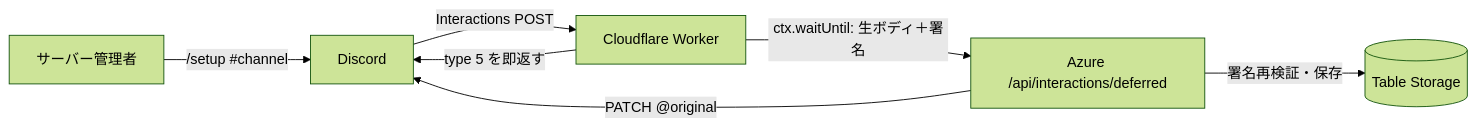
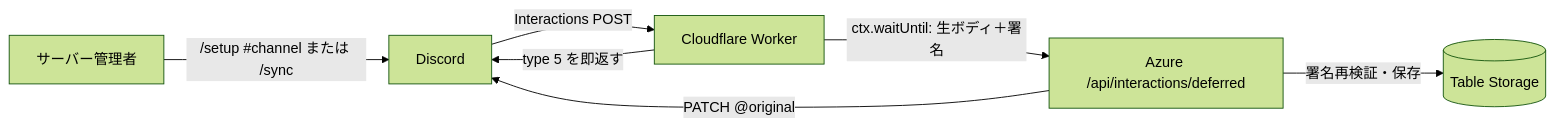
The second of 2 diagrams in docs/shared-bot.md (denpadokei/pso2ngs-boost-bot), drawn with Mermaid (forest theme) before and after one commit. The commit also changed other lines of this file and 9 other files, not shown here.

````diff
--- a/docs/shared-bot.md
+++ b/docs/shared-bot.md
@@ -418,9 +418,9 @@
 ```mermaid
 flowchart LR
-  U[サーバー管理者] -->|/setup #channel| D[Discord]
+  U[サーバー管理者] -->|/setup #channel または /sync| D[Discord]
   D -->|Interactions POST| W[Cloudflare Worker]
   W -->|type 5 を即返す| D
   W -->|ctx.waitUntil: 生ボディ＋署名| F[Azure /api/interactions/deferred]
   F -->|署名再検証・保存| T[(Table Storage)]
   F -->|PATCH @original| D
 ```
````
